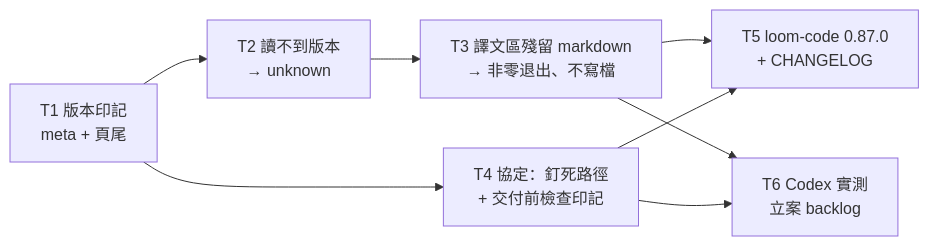
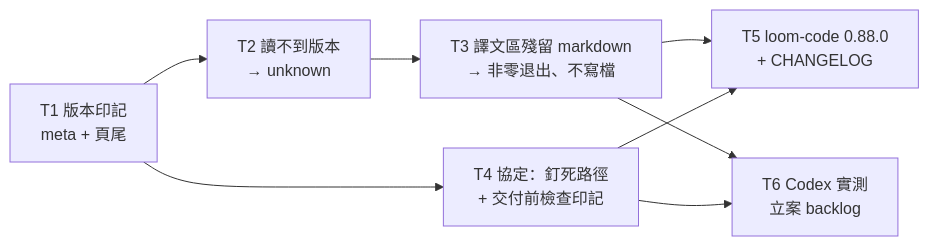
The diagram in docs/loom/plans/2026-08-18-adjudication-render-staleness-visible.md (kouko/monkey-skills), drawn with Mermaid before and after one commit. The commit also changed other lines of this file and 4 other files, not shown here.

````diff
--- a/docs/loom/plans/2026-08-18-adjudication-render-staleness-visible.md
+++ b/docs/loom/plans/2026-08-18-adjudication-render-staleness-visible.md
@@ -25,10 +25,10 @@
 ```mermaid
 flowchart LR
     T1["T1 版本印記<br/>meta + 頁尾"] --> T2["T2 讀不到版本<br/>→ unknown"]
     T1 --> T4["T4 協定：釘死路徑<br/>+ 交付前檢查印記"]
     T2 --> T3["T3 譯文區殘留 markdown<br/>→ 非零退出、不寫檔"]
-    T3 --> T5["T5 loom-code 0.87.0<br/>+ CHANGELOG"]
+    T3 --> T5["T5 loom-code 0.88.0<br/>+ CHANGELOG"]
     T4 --> T5
     T3 --> T6["T6 Codex 實測<br/>立案 backlog"]
     T4 --> T6
 ```
````
